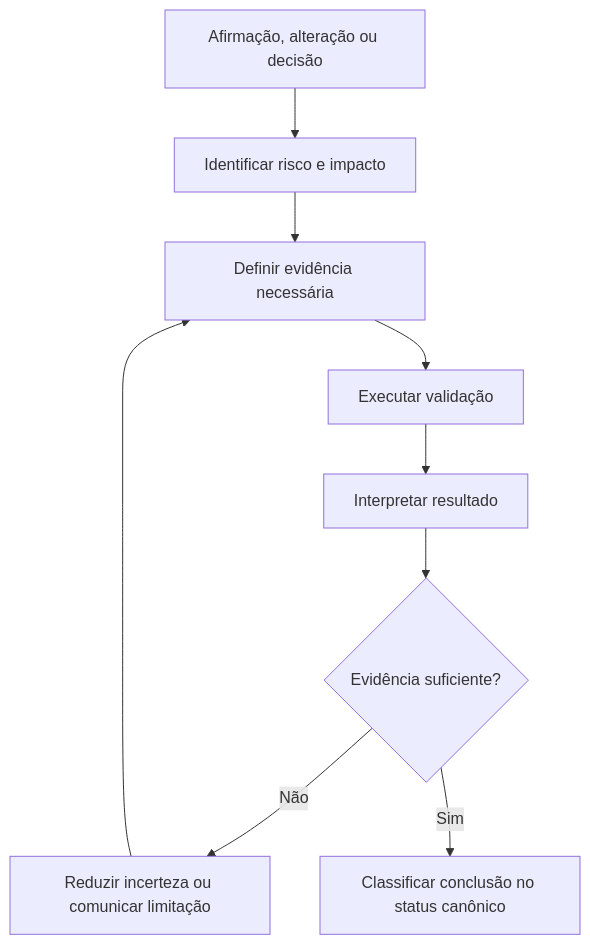
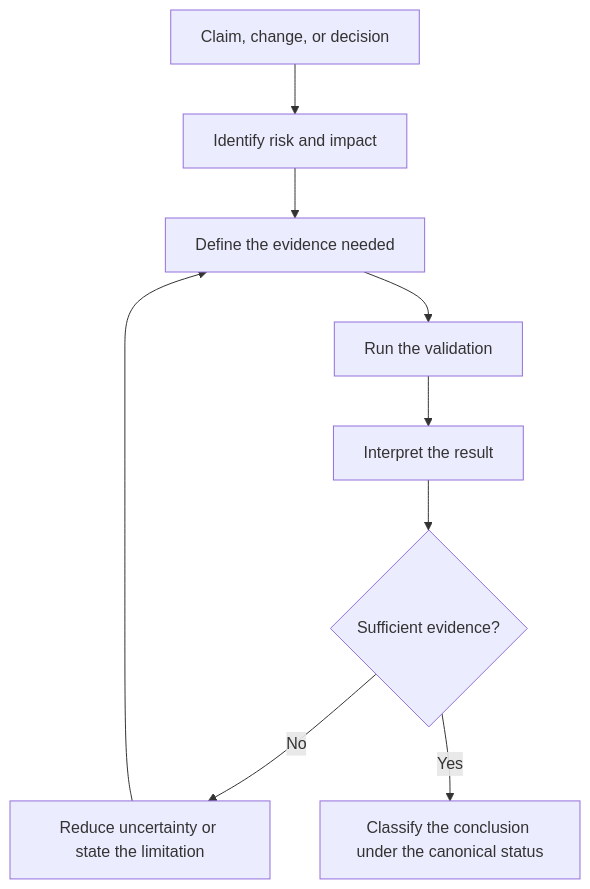
The first of 2 diagrams in .claude/skills/pelizzai-reasoning/techniques/verification.md (rpelizza/PelizzAI), drawn with Mermaid before and after one commit. The commit also changed other lines of this file and 362 other files, not shown here.

````diff
--- a/.claude/skills/pelizzai-reasoning/techniques/verification.md
+++ b/.claude/skills/pelizzai-reasoning/techniques/verification.md
@@ -25,13 +25,13 @@
 ```mermaid
 flowchart TD
-    A[Afirmação, alteração ou decisão] --> B[Identificar risco e impacto]
-    B --> C[Definir evidência necessária]
-    C --> D[Executar validação]
-    D --> E[Interpretar resultado]
-    E --> F{Evidência suficiente?}
+    A[Claim, change, or decision] --> B[Identify risk and impact]
+    B --> C[Define the evidence needed]
+    C --> D[Run the validation]
+    D --> E[Interpret the result]
+    E --> F{Sufficient evidence?}
 
-    F -- Não --> G[Reduzir incerteza ou comunicar limitação]
+    F -- No --> G[Reduce uncertainty or state the limitation]
     G --> C
 
-    F -- Sim --> H[Classificar conclusão no status canônico]
+    F -- Yes --> H[Classify the conclusion under the canonical status]
 ```
````
